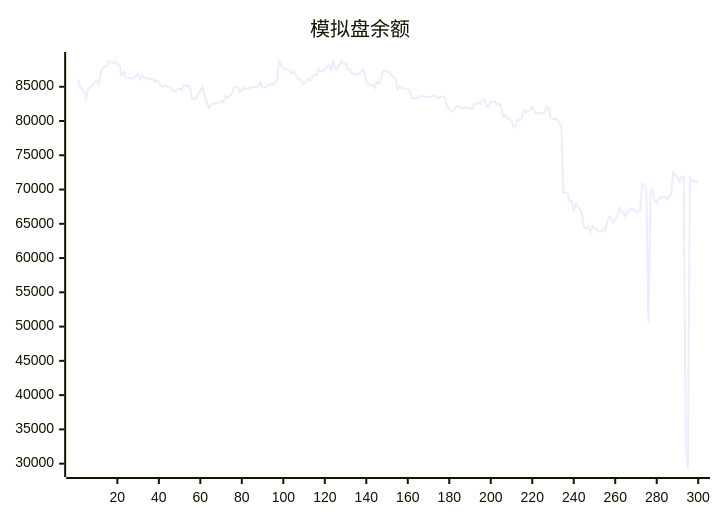
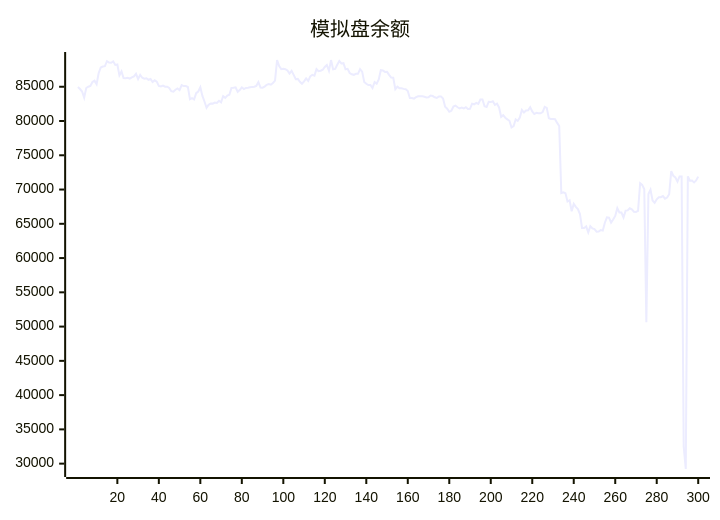
The diagram in README.md (aahl/ai-trading), drawn with Mermaid before and after one commit. The commit also changed other lines of this file and 1 other file, not shown here.

````diff
--- a/README.md
+++ b/README.md
@@ -5,5 +5,5 @@
 ```mermaid
 xychart
     title "模拟盘余额"
-    line [86106,84968,84671,84302,83410,84816,85001,85127,85693,85891,85384,87001,87811,87945,88007,88734,88528,88495,88705,88189,88248,86662,87234,86279,86251,86314,86177,86364,86503,86886,86114,86731,86310,86176,86240,86017,86136,85685,85938,85749,85111,85044,85164,85016,85008,84824,84354,84287,84572,84745,84500,85234,85096,85095,84970,83180,83338,83157,84070,84309,84922,83667,82850,81924,82369,82552,82539,82695,82648,82962,82728,83619,83378,83710,83825,84819,84854,84917,84265,84527,84919,84668,84834,84850,84916,84981,85004,85131,85674,84891,84864,85019,85284,85393,85294,85538,85894,88904,88012,87567,87625,87568,87386,86920,87313,86737,86094,86143,85725,85437,85787,86219,85859,86526,86740,86630,87563,87264,87335,87483,87886,88180,87335,88894,87544,87608,88207,88755,88401,88444,87543,87608,87000,86810,86740,86894,86884,87576,87209,85686,85435,85251,85255,84820,85689,85453,86066,87420,87373,87161,87178,86740,86341,86315,84643,85012,84772,84768,84690,84635,84376,83360,83357,83259,83474,83608,83606,83602,83548,83440,83454,83724,83644,83464,83365,83590,83592,83275,82072,81806,81344,81492,82109,82254,82006,81848,81955,81829,82022,81769,81776,82522,82441,82656,82498,83144,83144,82150,82038,82797,82763,82872,82367,82536,81981,80612,80862,80484,80242,80034,79063,79245,80226,80016,80507,81625,81233,81544,81578,82016,81401,81019,81186,81130,81118,81306,82066,81909,80392,80304,80291,80258,79729,79261,69466,69579,69456,68251,68415,66832,67911,67462,67144,66432,64380,64375,64606,63740,64647,64324,64216,63842,63877,64078,64008,65156,65945,65888,65157,65625,66144,67284,66653,66639,65924,66925,66956,67263,67108,66766,66729,66886,70927,70673,70049,50652,69334,69973,68400,68061,68578,68876,68879,69055,68662,68822,69329,72687,71999,71760,71162,71911,71896,32500,29218,71927,71297,71305,71044,71337]
+    line [84968,84671,84302,83410,84816,85001,85127,85693,85891,85384,87001,87811,87945,88007,88734,88528,88495,88705,88189,88248,86662,87234,86279,86251,86314,86177,86364,86503,86886,86114,86731,86310,86176,86240,86017,86136,85685,85938,85749,85111,85044,85164,85016,85008,84824,84354,84287,84572,84745,84500,85234,85096,85095,84970,83180,83338,83157,84070,84309,84922,83667,82850,81924,82369,82552,82539,82695,82648,82962,82728,83619,83378,83710,83825,84819,84854,84917,84265,84527,84919,84668,84834,84850,84916,84981,85004,85131,85674,84891,84864,85019,85284,85393,85294,85538,85894,88904,88012,87567,87625,87568,87386,86920,87313,86737,86094,86143,85725,85437,85787,86219,85859,86526,86740,86630,87563,87264,87335,87483,87886,88180,87335,88894,87544,87608,88207,88755,88401,88444,87543,87608,87000,86810,86740,86894,86884,87576,87209,85686,85435,85251,85255,84820,85689,85453,86066,87420,87373,87161,87178,86740,86341,86315,84643,85012,84772,84768,84690,84635,84376,83360,83357,83259,83474,83608,83606,83602,83548,83440,83454,83724,83644,83464,83365,83590,83592,83275,82072,81806,81344,81492,82109,82254,82006,81848,81955,81829,82022,81769,81776,82522,82441,82656,82498,83144,83144,82150,82038,82797,82763,82872,82367,82536,81981,80612,80862,80484,80242,80034,79063,79245,80226,80016,80507,81625,81233,81544,81578,82016,81401,81019,81186,81130,81118,81306,82066,81909,80392,80304,80291,80258,79729,79261,69466,69579,69456,68251,68415,66832,67911,67462,67144,66432,64380,64375,64606,63740,64647,64324,64216,63842,63877,64078,64008,65156,65945,65888,65157,65625,66144,67284,66653,66639,65924,66925,66956,67263,67108,66766,66729,66886,70927,70673,70049,50652,69334,69973,68400,68061,68578,68876,68879,69055,68662,68822,69329,72687,71999,71760,71162,71911,71896,32500,29218,71927,71297,71305,71044,71337,71883]
 ```
````
